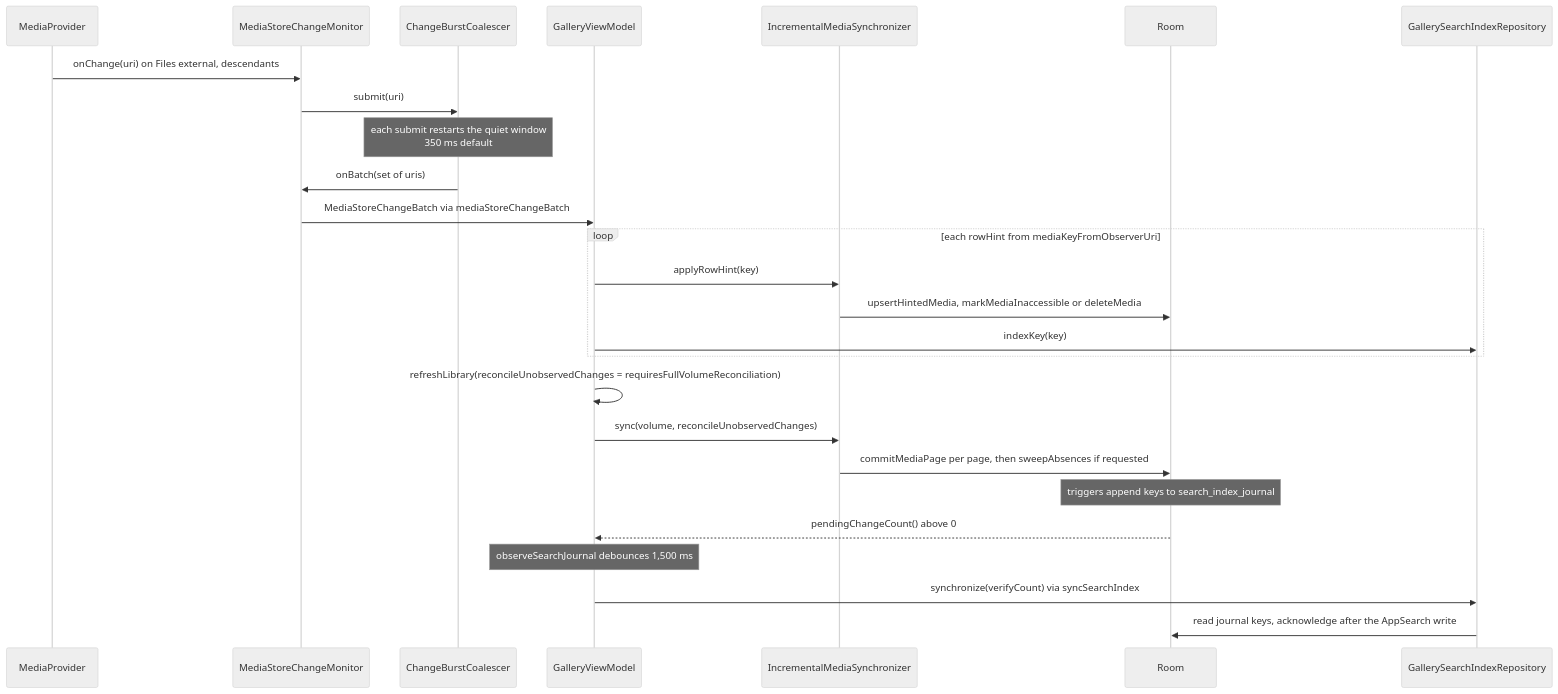
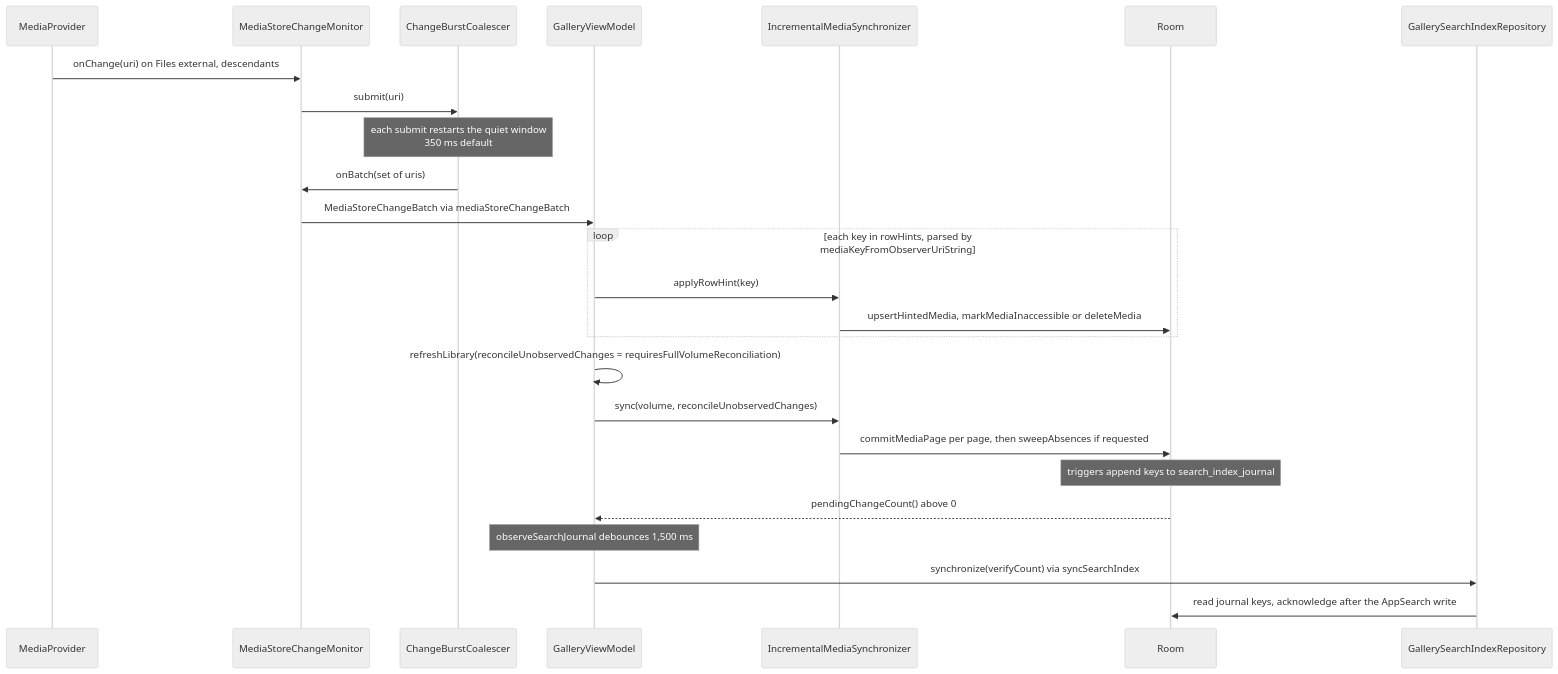
The fifth of 5 diagrams in docs/flows/library-sync.md (LibreStatic/lightforge), drawn with Mermaid (neutral theme) before and after one commit. The commit also changed other lines of this file and 1 other file, not shown here.

First line of the commit message:
docs(flows): follow the pet worker retry and journal-only search indexing

````diff
--- a/docs/flows/library-sync.md
+++ b/docs/flows/library-sync.md
@@ -138,28 +138,27 @@
 ```mermaid
 sequenceDiagram
     participant MP as MediaProvider
     participant Mon as MediaStoreChangeMonitor
     participant Co as ChangeBurstCoalescer
     participant VM as GalleryViewModel
     participant Sy as IncrementalMediaSynchronizer
     participant Db as Room
     participant Ix as GallerySearchIndexRepository
     MP->>Mon: onChange(uri) on Files external, descendants
     Mon->>Co: submit(uri)
     Note over Co: each submit restarts the quiet window<br/>350 ms default
     Co->>Mon: onBatch(set of uris)
     Mon->>VM: MediaStoreChangeBatch via mediaStoreChangeBatch
-    loop each rowHint from mediaKeyFromObserverUri
+    loop each key in rowHints, parsed by mediaKeyFromObserverUriString
         VM->>Sy: applyRowHint(key)
         Sy->>Db: upsertHintedMedia, markMediaInaccessible or deleteMedia
-        VM->>Ix: indexKey(key)
     end
     VM->>VM: refreshLibrary(reconcileUnobservedChanges = requiresFullVolumeReconciliation)
     VM->>Sy: sync(volume, reconcileUnobservedChanges)
     Sy->>Db: commitMediaPage per page, then sweepAbsences if requested
     Note over Db: triggers append keys to search_index_journal
     Db-->>VM: pendingChangeCount() above 0
     Note over VM: observeSearchJournal debounces 1,500 ms
     VM->>Ix: synchronize(verifyCount) via syncSearchIndex
     Ix->>Db: read journal keys, acknowledge after the AppSearch write
 ```
````
